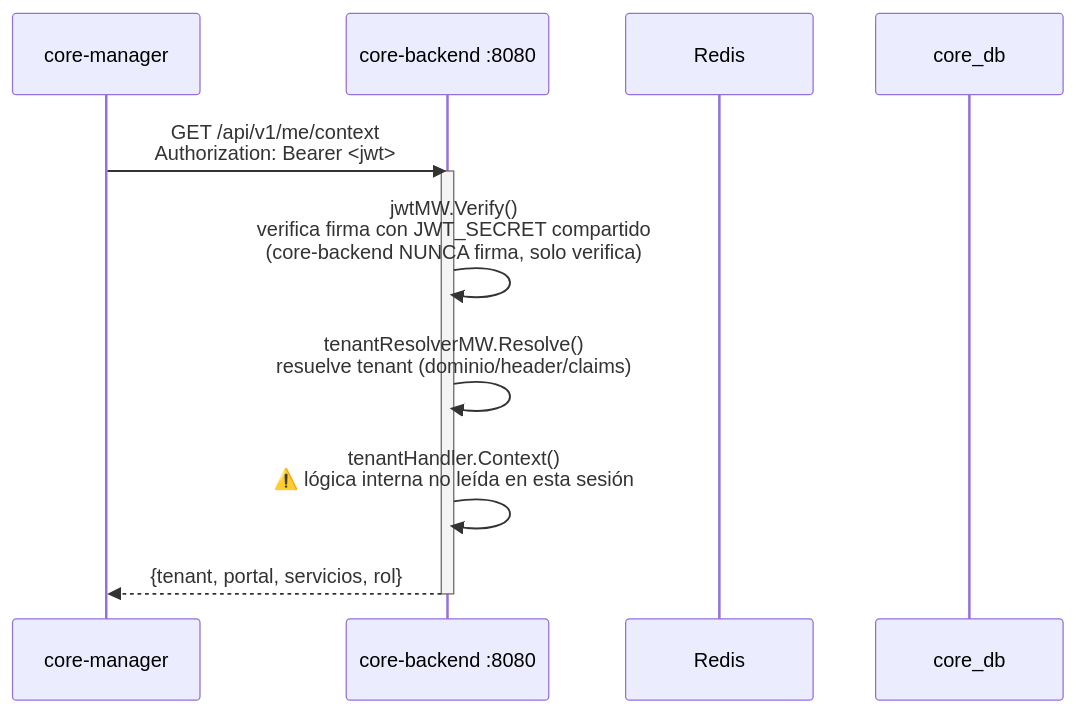
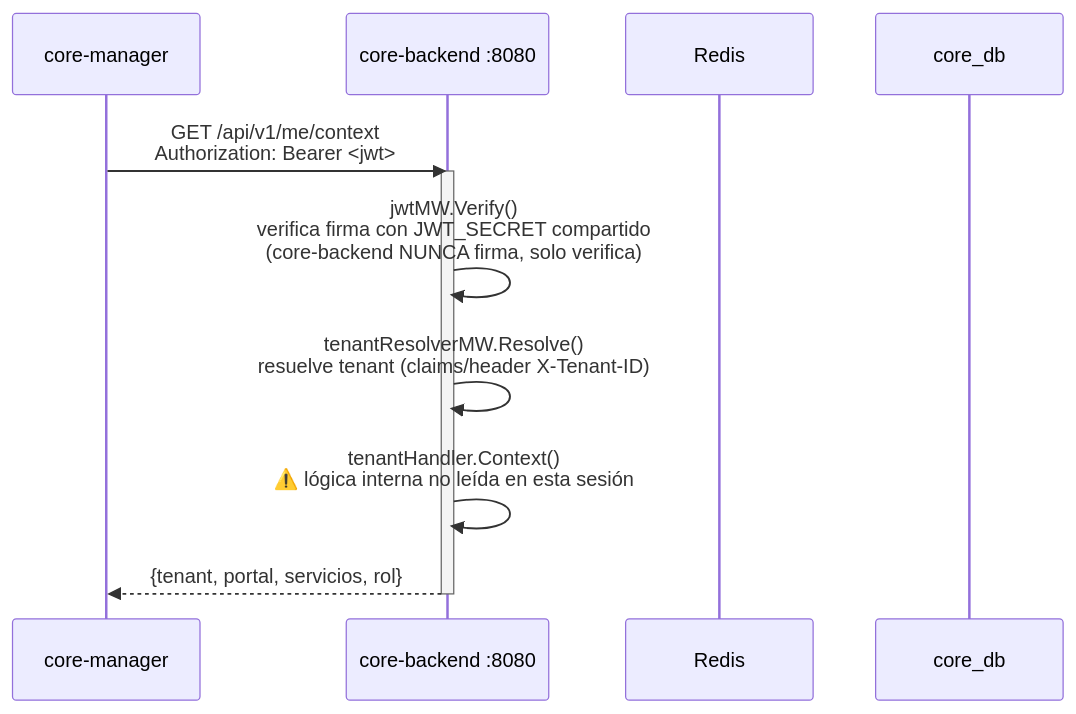
Before and after one commit to GermanMacchia/core: the sixth of 11 diagrams in docs/sistema-tenants-servicios.md, drawn with Mermaid. The commit also changed other lines of this file and 19 other files, not shown here.

````diff
--- a/docs/sistema-tenants-servicios.md
+++ b/docs/sistema-tenants-servicios.md
@@ -202,15 +202,15 @@
 ```mermaid
 sequenceDiagram
     participant CM as core-manager
     participant CB as core-backend :8080
     participant R as Redis
     participant DB as core_db
 
     CM->>CB: GET /api/v1/me/context<br/>Authorization: Bearer <jwt>
     activate CB
     CB->>CB: jwtMW.Verify()<br/>verifica firma con JWT_SECRET compartido<br/>(core-backend NUNCA firma, solo verifica)
-    CB->>CB: tenantResolverMW.Resolve()<br/>resuelve tenant (dominio/header/claims)
+    CB->>CB: tenantResolverMW.Resolve()<br/>resuelve tenant (claims/header X-Tenant-ID)
     CB->>CB: tenantHandler.Context()<br/>⚠️ lógica interna no leída en esta sesión
     CB-->>CM: {tenant, portal, servicios, rol}
     deactivate CB
 ```
````
